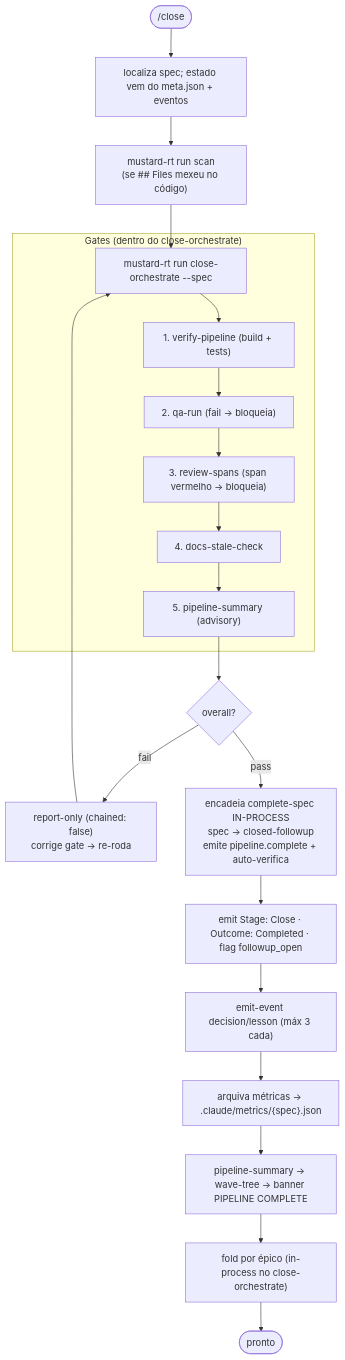
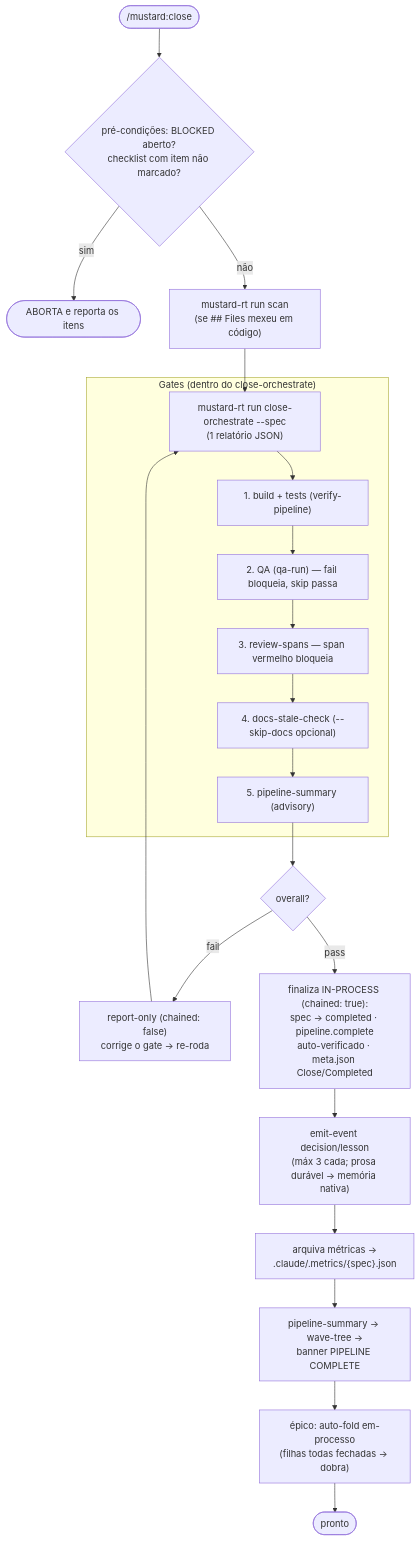
The ninth of 20 diagrams in MUSTARD-COMMANDS.md (rubensrpj/mustard), drawn with Mermaid before and after one commit. The commit also changed other lines of this file and 35 other files, not shown here.

````diff
--- a/MUSTARD-COMMANDS.md
+++ b/MUSTARD-COMMANDS.md
@@ -283,26 +330,26 @@
 ```mermaid
 flowchart TD
-    start(["/close"]) --> locate["localiza spec; estado vem do meta.json + eventos"]
-    locate --> rescan["mustard-rt run scan<br/>(se ## Files mexeu no código)"]
-    rescan --> orch["mustard-rt run close-orchestrate --spec"]
+    start(["/mustard:close"]) --> pre{"pré-condições: BLOCKED aberto?<br/>checklist com item não marcado?"}
+    pre -->|sim| abortx(["ABORTA e reporta os itens"])
+    pre -->|não| rescan["mustard-rt run scan<br/>(se ## Files mexeu em código)"]
+    rescan --> orch["mustard-rt run close-orchestrate --spec<br/>(1 relatório JSON)"]
 
     subgraph gates["Gates (dentro do close-orchestrate)"]
-        orch --> g1["1. verify-pipeline (build + tests)"]
-        g1 --> g2["2. qa-run (fail → bloqueia)"]
-        g2 --> g3["3. review-spans (span vermelho → bloqueia)"]
-        g3 --> g4["4. docs-stale-check"]
+        orch --> g1["1. build + tests (verify-pipeline)"]
+        g1 --> g2["2. QA (qa-run) — fail bloqueia, skip passa"]
+        g2 --> g3["3. review-spans — span vermelho bloqueia"]
+        g3 --> g4["4. docs-stale-check (--skip-docs opcional)"]
         g4 --> g5["5. pipeline-summary (advisory)"]
     end
 
     g5 --> overall{"overall?"}
-    overall -->|fail| reportonly["report-only (chained: false)<br/>corrige gate → re-roda"]
-    reportonly --> orch
-    overall -->|pass| chain["encadeia complete-spec IN-PROCESS<br/>spec → closed-followup<br/>emite pipeline.complete + auto-verifica"]
+    overall -->|fail| report["report-only (chained: false)<br/>corrige o gate → re-roda"]
+    report --> orch
+    overall -->|pass| chain["finaliza IN-PROCESS (chained: true):<br/>spec → completed · pipeline.complete<br/>auto-verificado · meta.json Close/Completed"]
 
-    chain --> stamp["emit Stage: Close · Outcome: Completed · flag followup_open"]
-    stamp --> know["emit-event decision/lesson (máx 3 cada)"]
-    know --> metrics["arquiva métricas → .claude/metrics/{spec}.json"]
-    metrics --> banner["pipeline-summary → wave-tree → banner PIPELINE COMPLETE"]
-    banner --> epic["fold por épico (in-process no close-orchestrate)"]
+    chain --> know["emit-event decision/lesson<br/>(máx 3 cada; prosa durável → memória nativa)"]
+    know --> metrics["arquiva métricas →<br/>.claude/.metrics/{spec}.json"]
+    metrics --> banner["pipeline-summary → wave-tree →<br/>banner PIPELINE COMPLETE"]
+    banner --> epic["épico: auto-fold em-processo<br/>(filhas todas fechadas → dobra)"]
     epic --> done(["pronto"])
 ```
````
